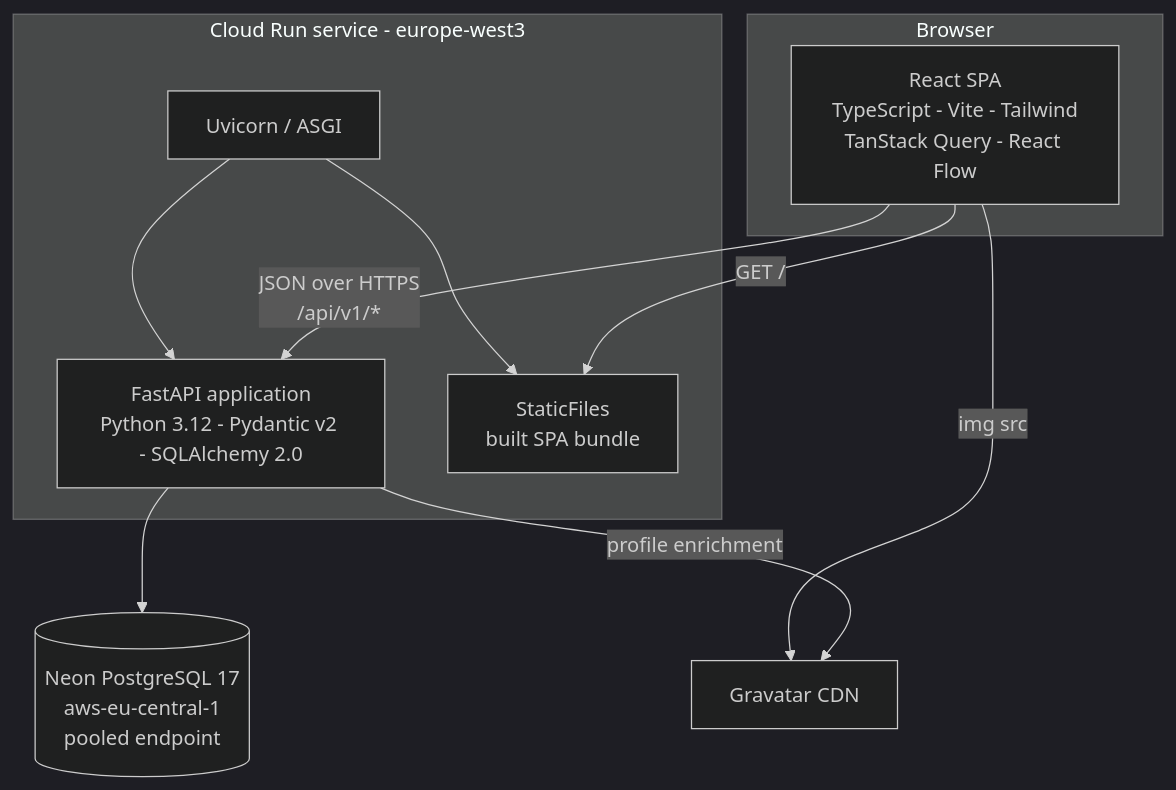
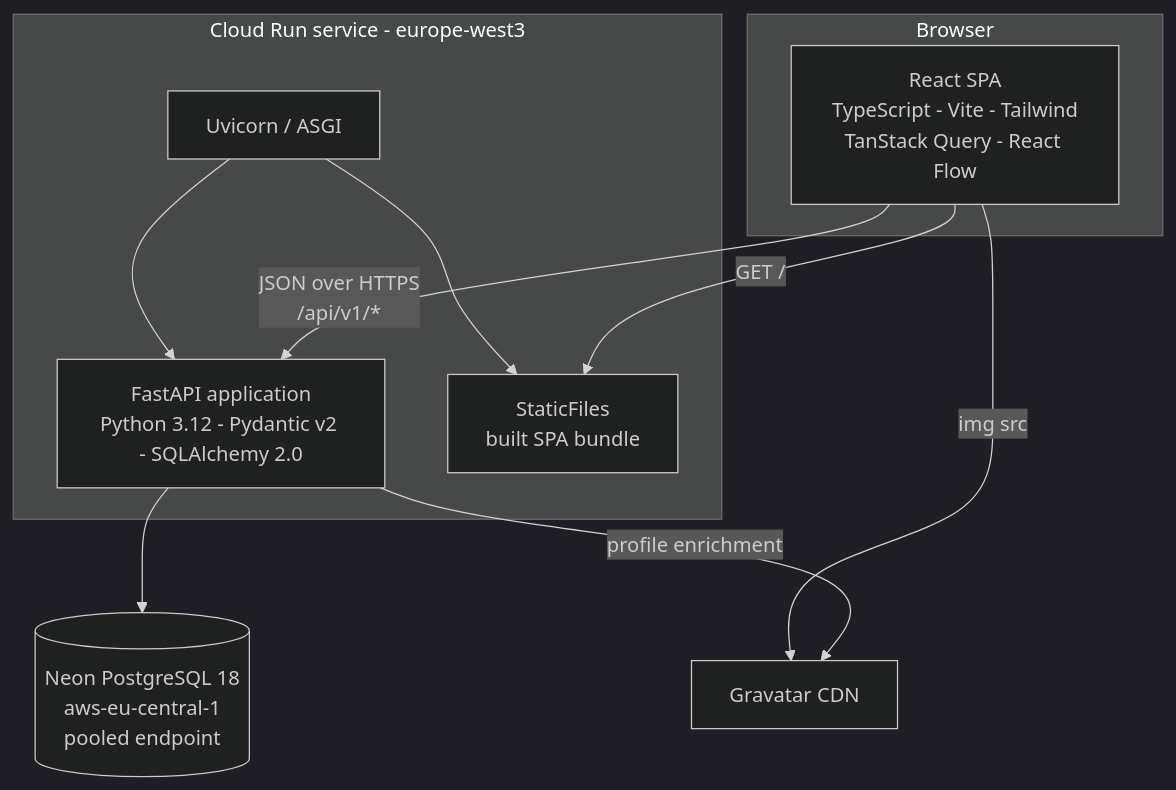
Before and after one commit to MichaelKoch23/Epi-Use-Technical-Assessment: the second of 4 diagrams in docs/TECHNICAL-DESIGN.md, drawn with Mermaid (dark theme). The commit also changed other lines of this file and 3 other files, not shown here.

````diff
--- a/docs/TECHNICAL-DESIGN.md
+++ b/docs/TECHNICAL-DESIGN.md
@@ -129,23 +129,23 @@
 ```mermaid
 graph TD
     subgraph Browser
         SPA[React SPA<br/>TypeScript - Vite - Tailwind<br/>TanStack Query - React Flow]
     end
 
     subgraph CR["Cloud Run service - europe-west3"]
         UV[Uvicorn / ASGI]
         API[FastAPI application<br/>Python 3.12 - Pydantic v2 - SQLAlchemy 2.0]
         ST[StaticFiles<br/>built SPA bundle]
         UV --> API
         UV --> ST
     end
 
-    DB[(Neon PostgreSQL 17<br/>aws-eu-central-1<br/>pooled endpoint)]
+    DB[(Neon PostgreSQL 18<br/>aws-eu-central-1<br/>pooled endpoint)]
     GRV[Gravatar CDN]
 
     SPA -->|GET /| ST
     SPA -->|JSON over HTTPS<br/>/api/v1/*| API
     SPA -->|img src| GRV
     API --> DB
     API -->|profile enrichment| GRV
 ```
````
